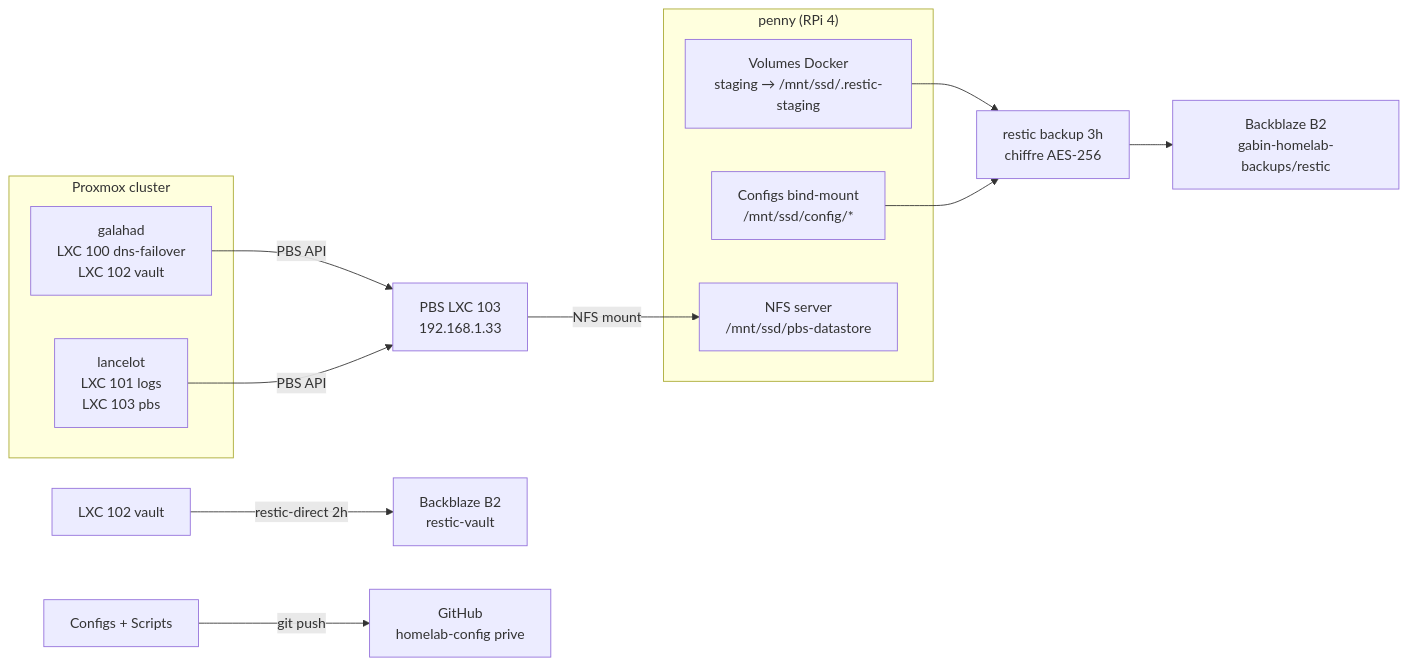
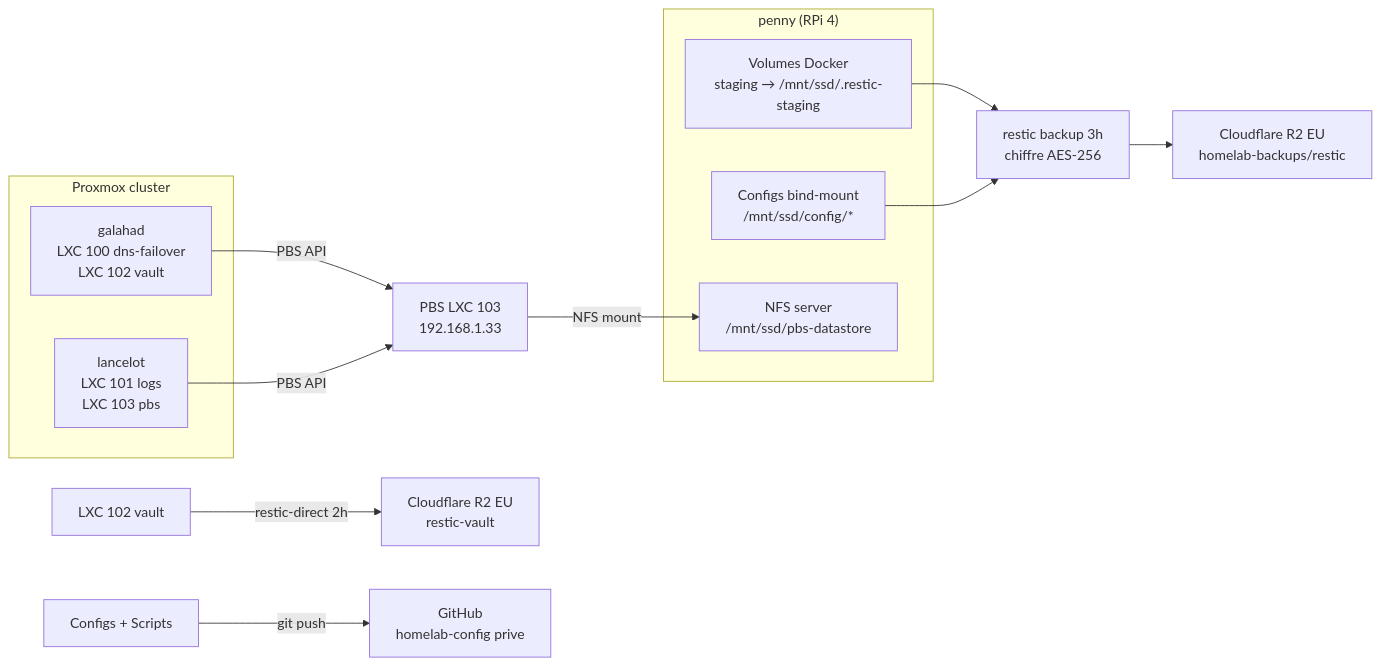
One commit to GabinSMD/homelab-doc changed the diagram in docs/operations/backups.md. Above: the diagram before and after it, drawn with Mermaid. The commit also changed other lines of this file and 8 other files, not shown here.

````diff
--- a/docs/operations/backups.md
+++ b/docs/operations/backups.md
@@ -5,25 +5,25 @@
 ```mermaid
 graph LR
     subgraph cluster["Proxmox cluster"]
         galahad[galahad<br/>LXC 100 dns-failover<br/>LXC 102 vault]
         lancelot[lancelot<br/>LXC 101 logs<br/>LXC 103 pbs]
     end
 
     subgraph penny["penny (RPi 4)"]
         volumes[Volumes Docker<br/>staging → /mnt/ssd/.restic-staging]
         configs[Configs bind-mount<br/>/mnt/ssd/config/*]
         nfs[NFS server<br/>/mnt/ssd/pbs-datastore]
     end
 
     galahad -->|PBS API| PBS[PBS LXC 103<br/>192.168.1.33]
     lancelot -->|PBS API| PBS
     PBS -->|NFS mount| nfs
 
     volumes --> restic
     configs --> restic
-    restic[restic backup 3h<br/>chiffre AES-256] --> B2[Backblaze B2<br/>gabin-homelab-backups/restic]
+    restic[restic backup 3h<br/>chiffre AES-256] --> B2[Cloudflare R2 EU<br/>homelab-backups/restic]
 
-    vault102[LXC 102 vault] -->|restic-direct 2h| B2vault[Backblaze B2<br/>restic-vault]
+    vault102[LXC 102 vault] -->|restic-direct 2h| B2vault[Cloudflare R2 EU<br/>restic-vault]
 
     Git[Configs + Scripts] -->|git push| GitHub[GitHub<br/>homelab-config prive]
 ```
````
